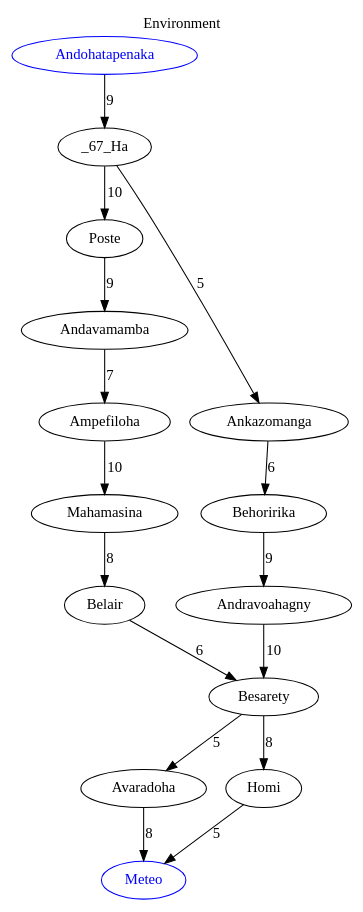
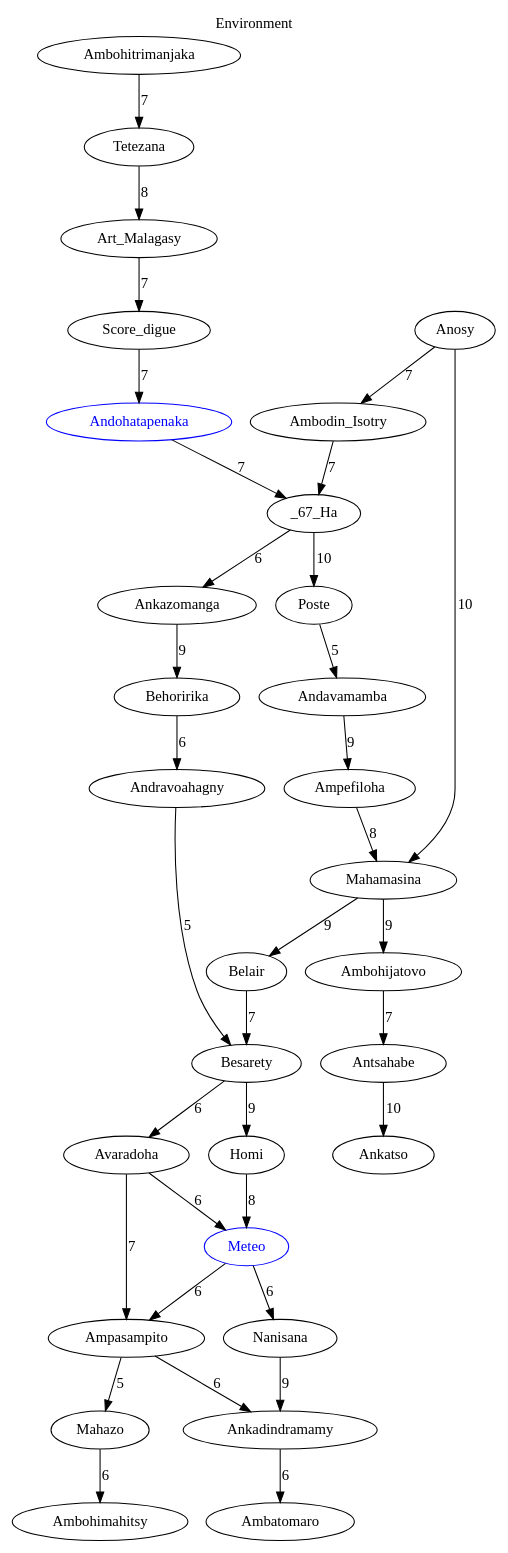
One commit to Online13/bus-path-finding changed the diagram in out/intro.gv. Above: the diagram before and after it, drawn with Graphviz. The commit also changed 38 other files, not shown here.

```diff
--- a/out/intro.gv
+++ b/out/intro.gv
@@ -1,19 +1,37 @@
 digraph G {
 	labelloc="t"	label="Environment"	 Andohatapenaka [color="blue", fontcolor="blue"];
 	 Meteo [color="blue", fontcolor="blue"];
-	Andavamamba -> Ampefiloha [weight=7, label="7"];
-	Ampefiloha -> Mahamasina [weight=10, label="10"];
+	Ambodin_Isotry -> _67_Ha [weight=7, label="7"];
+	Art_Malagasy -> Score_digue [weight=7, label="7"];
+	Antsahabe -> Ankatso [weight=10, label="10"];
+	Andavamamba -> Ampefiloha [weight=9, label="9"];
+	Ampefiloha -> Mahamasina [weight=8, label="8"];
 	_67_Ha -> Poste [weight=10, label="10"];
-	Andohatapenaka -> _67_Ha [weight=9, label="9"];
-	Mahamasina -> Belair [weight=8, label="8"];
-	Ankazomanga -> Behoririka [weight=6, label="6"];
-	Andravoahagny -> Besarety [weight=10, label="10"];
-	Besarety -> Avaradoha [weight=5, label="5"];
-	Homi -> Meteo [weight=5, label="5"];
-	Besarety -> Homi [weight=8, label="8"];
-	Poste -> Andavamamba [weight=9, label="9"];
-	_67_Ha -> Ankazomanga [weight=5, label="5"];
-	Behoririka -> Andravoahagny [weight=9, label="9"];
-	Belair -> Besarety [weight=6, label="6"];
-	Avaradoha -> Meteo [weight=8, label="8"];
+	Meteo -> Ampasampito [weight=6, label="6"];
+	Andohatapenaka -> _67_Ha [weight=7, label="7"];
+	Meteo -> Nanisana [weight=6, label="6"];
+	Mahamasina -> Belair [weight=9, label="9"];
+	Ankazomanga -> Behoririka [weight=9, label="9"];
+	Andravoahagny -> Besarety [weight=5, label="5"];
+	Besarety -> Avaradoha [weight=6, label="6"];
+	Ambohitrimanjaka -> Tetezana [weight=7, label="7"];
+	Homi -> Meteo [weight=8, label="8"];
+	Ampasampito -> Mahazo [weight=5, label="5"];
+	Besarety -> Homi [weight=9, label="9"];
+	Tetezana -> Art_Malagasy [weight=8, label="8"];
+	Ampasampito -> Ankadindramamy [weight=6, label="6"];
+	Poste -> Andavamamba [weight=5, label="5"];
+	_67_Ha -> Ankazomanga [weight=6, label="6"];
+	Behoririka -> Andravoahagny [weight=6, label="6"];
+	Score_digue -> Andohatapenaka [weight=7, label="7"];
+	Mahamasina -> Ambohijatovo [weight=9, label="9"];
+	Anosy -> Mahamasina [weight=10, label="10"];
+	Ankadindramamy -> Ambatomaro [weight=6, label="6"];
+	Mahazo -> Ambohimahitsy [weight=6, label="6"];
+	Anosy -> Ambodin_Isotry [weight=7, label="7"];
+	Belair -> Besarety [weight=7, label="7"];
+	Avaradoha -> Meteo [weight=6, label="6"];
+	Ambohijatovo -> Antsahabe [weight=7, label="7"];
+	Avaradoha -> Ampasampito [weight=7, label="7"];
+	Nanisana -> Ankadindramamy [weight=9, label="9"];
 }
```
